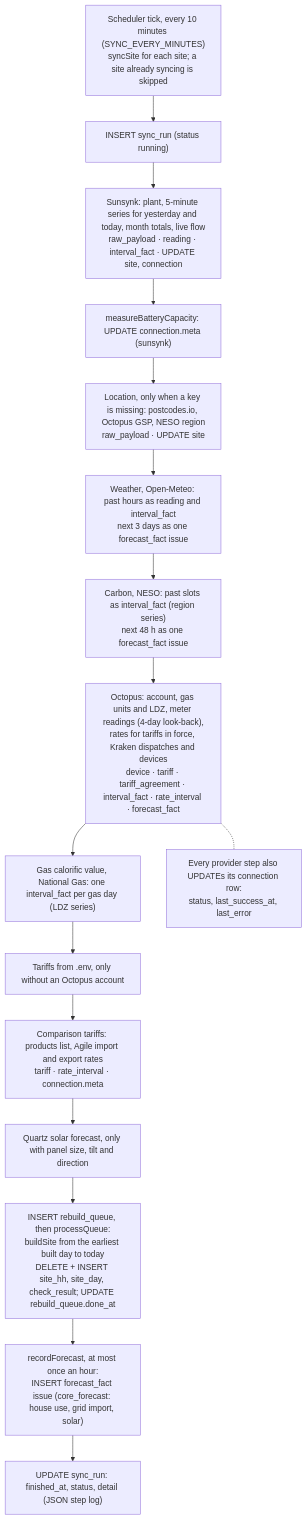
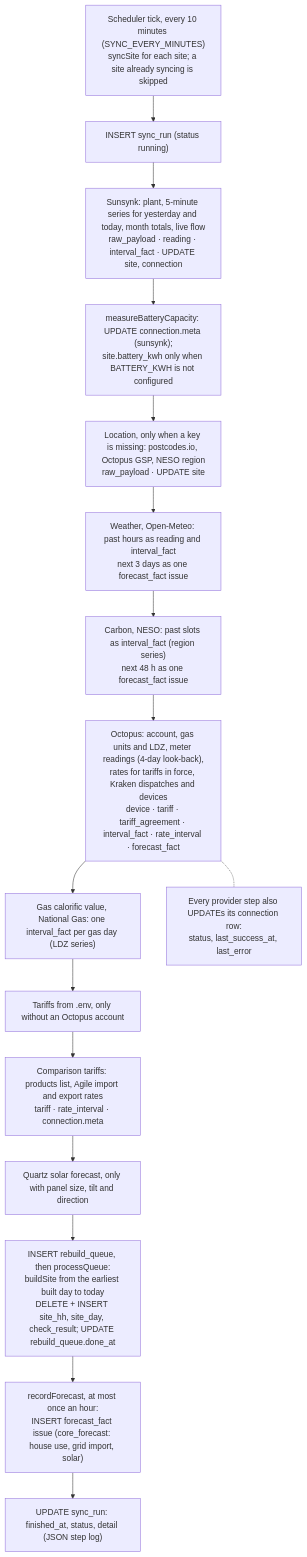
One commit to sshahriazz/energiebee-core-prototype changed the diagram in docs/diagrams/db-sync.mmd. Above: the diagram before and after it, drawn with Mermaid. The commit also changed 19 other files, not shown here.

```diff
--- a/docs/diagrams/db-sync.mmd
+++ b/docs/diagrams/db-sync.mmd
@@ -1,19 +1,19 @@
 flowchart TB
   T["Scheduler tick, every 10 minutes (SYNC_EVERY_MINUTES)<br/>syncSite for each site; a site already syncing is skipped"]
   R0["INSERT sync_run (status running)"]
   S1["Sunsynk: plant, 5-minute series for yesterday and today, month totals, live flow<br/>raw_payload · reading · interval_fact · UPDATE site, connection"]
-  S1b["measureBatteryCapacity: UPDATE connection.meta (sunsynk)"]
+  S1b["measureBatteryCapacity: UPDATE connection.meta (sunsynk);<br/>site.battery_kwh only when BATTERY_KWH is not configured"]
   S2["Location, only when a key is missing: postcodes.io, Octopus GSP, NESO region<br/>raw_payload · UPDATE site"]
   S3["Weather, Open-Meteo: past hours as reading and interval_fact<br/>next 3 days as one forecast_fact issue"]
   S4["Carbon, NESO: past slots as interval_fact (region series)<br/>next 48 h as one forecast_fact issue"]
   S5["Octopus: account, gas units and LDZ, meter readings (4-day look-back),<br/>rates for tariffs in force, Kraken dispatches and devices<br/>device · tariff · tariff_agreement · interval_fact · rate_interval · forecast_fact"]
   S6["Gas calorific value, National Gas: one interval_fact per gas day (LDZ series)"]
   S7["Tariffs from .env, only without an Octopus account"]
   S8["Comparison tariffs: products list, Agile import and export rates<br/>tariff · rate_interval · connection.meta"]
   S9["Quartz solar forecast, only with panel size, tilt and direction"]
   S10["INSERT rebuild_queue, then processQueue:<br/>buildSite from the earliest built day to today<br/>DELETE + INSERT site_hh, site_day, check_result; UPDATE rebuild_queue.done_at"]
   S11["recordForecast, at most once an hour:<br/>INSERT forecast_fact issue (core_forecast: house use, grid import, solar)"]
   R1["UPDATE sync_run: finished_at, status, detail (JSON step log)"]
   T --> R0 --> S1 --> S1b --> S2 --> S3 --> S4 --> S5 --> S6 --> S7 --> S8 --> S9 --> S10 --> S11 --> R1
   NOTE["Every provider step also UPDATEs its connection row:<br/>status, last_success_at, last_error"]
   S5 -.- NOTE
```
